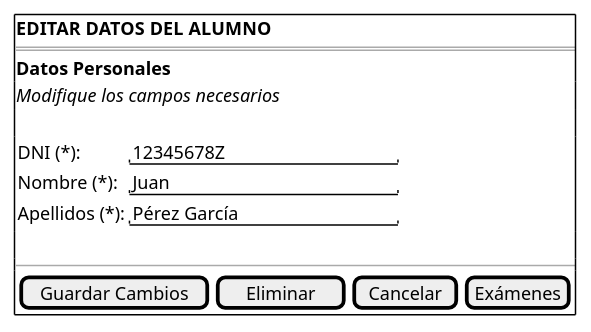
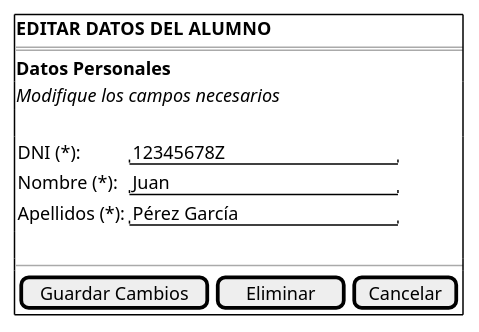
The diagram in documents/casos-de-uso/prototipadoCasosDeUso/editarAlumno/editarAlumno.puml (martinlopez7/25-26-IdSw1-SdR), drawn with PlantUML before and after one commit. The commit also changed 25 other files, not shown here.

```diff
--- a/documents/casos-de-uso/prototipadoCasosDeUso/editarAlumno/editarAlumno.puml
+++ b/documents/casos-de-uso/prototipadoCasosDeUso/editarAlumno/editarAlumno.puml
@@ -1,17 +1,17 @@
 @startsalt editarAlumno_CORREGIDO
 {+
     <b>EDITAR DATOS DEL ALUMNO</b>
     ===
     <b>Datos Personales</b>
     <i>Modifique los campos necesarios</i>
     .
     {
         DNI (*):       | "12345678Z             "
         Nombre (*):    | "Juan                  "
         Apellidos (*): | "Pérez García          "
     }
     .
     --
-    { [Guardar Cambios] | [ Eliminar ] | [Cancelar] | [Exámenes] }
+    { [Guardar Cambios] | [ Eliminar ] | [Cancelar] }
 }
 @endsalt
```
